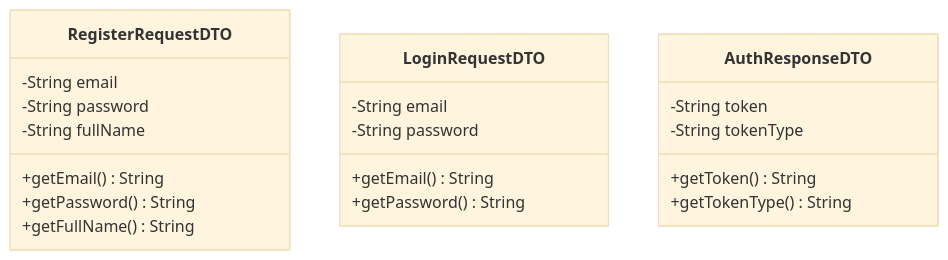
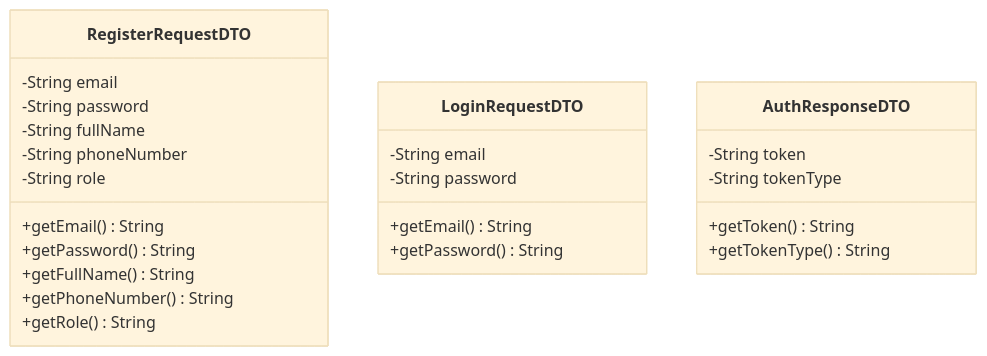
One commit to BlackyB0o/CS261_650001_group5 changed the second of 7 diagrams in docs/task-04/README.md. Above: the diagram before and after it, drawn with Mermaid (base theme). The commit also changed other lines of this file, not shown here.

Commit message:
docs: update task-04 include phoneNumber, role, and save user DAO method

````diff
--- a/docs/task-04/README.md
+++ b/docs/task-04/README.md
@@ -111,25 +123,29 @@
 ```mermaid
 classDiagram
     class RegisterRequestDTO {
         -String email
         -String password
         -String fullName
+        -String phoneNumber
+        -String role
         +getEmail() String
         +getPassword() String
         +getFullName() String
+        +getPhoneNumber() String
+        +getRole() String
     }
 
     class LoginRequestDTO {
         -String email
         -String password
         +getEmail() String
         +getPassword() String
     }
 
     class AuthResponseDTO {
         -String token
         -String tokenType
         +getToken() String
         +getTokenType() String
     }
 ```
````
